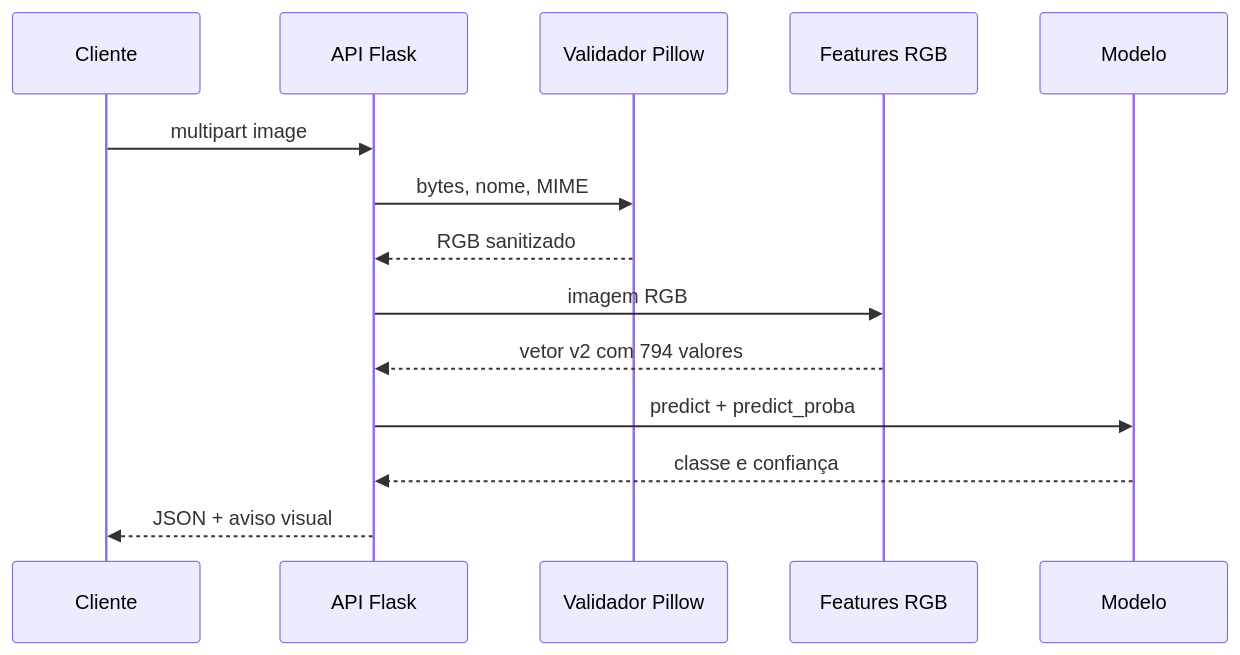
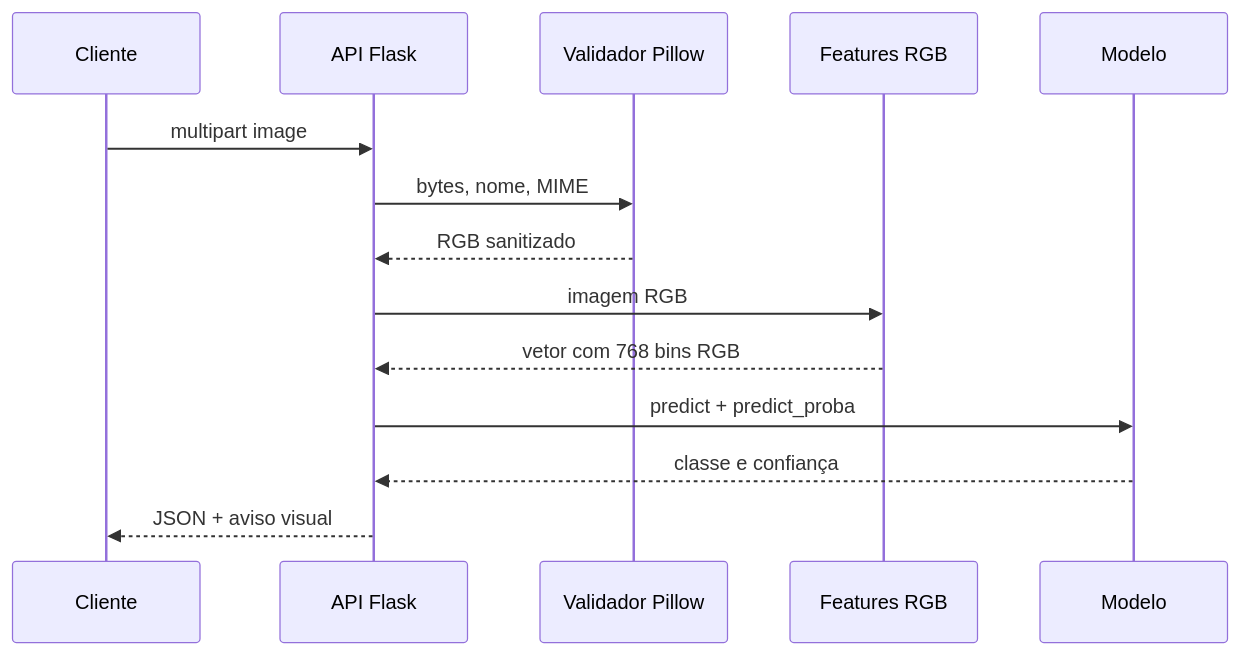
The fourth of 6 diagrams in docs/ARQUITETURA.md (PedroArlyx/water-clarity-classifier), drawn with Mermaid before and after one commit. The commit also changed other lines of this file and 93 other files, not shown here.

````diff
--- a/docs/ARQUITETURA.md
+++ b/docs/ARQUITETURA.md
@@ -57,16 +48,16 @@
 ```mermaid
 sequenceDiagram
     participant C as Cliente
     participant A as API Flask
     participant V as Validador Pillow
     participant F as Features RGB
     participant M as Modelo
     C->>A: multipart image
     A->>V: bytes, nome, MIME
     V-->>A: RGB sanitizado
     A->>F: imagem RGB
-    F-->>A: vetor v2 com 794 valores
+    F-->>A: vetor com 768 bins RGB
     A->>M: predict + predict_proba
     M-->>A: classe e confiança
     A-->>C: JSON + aviso visual
 ```
````
